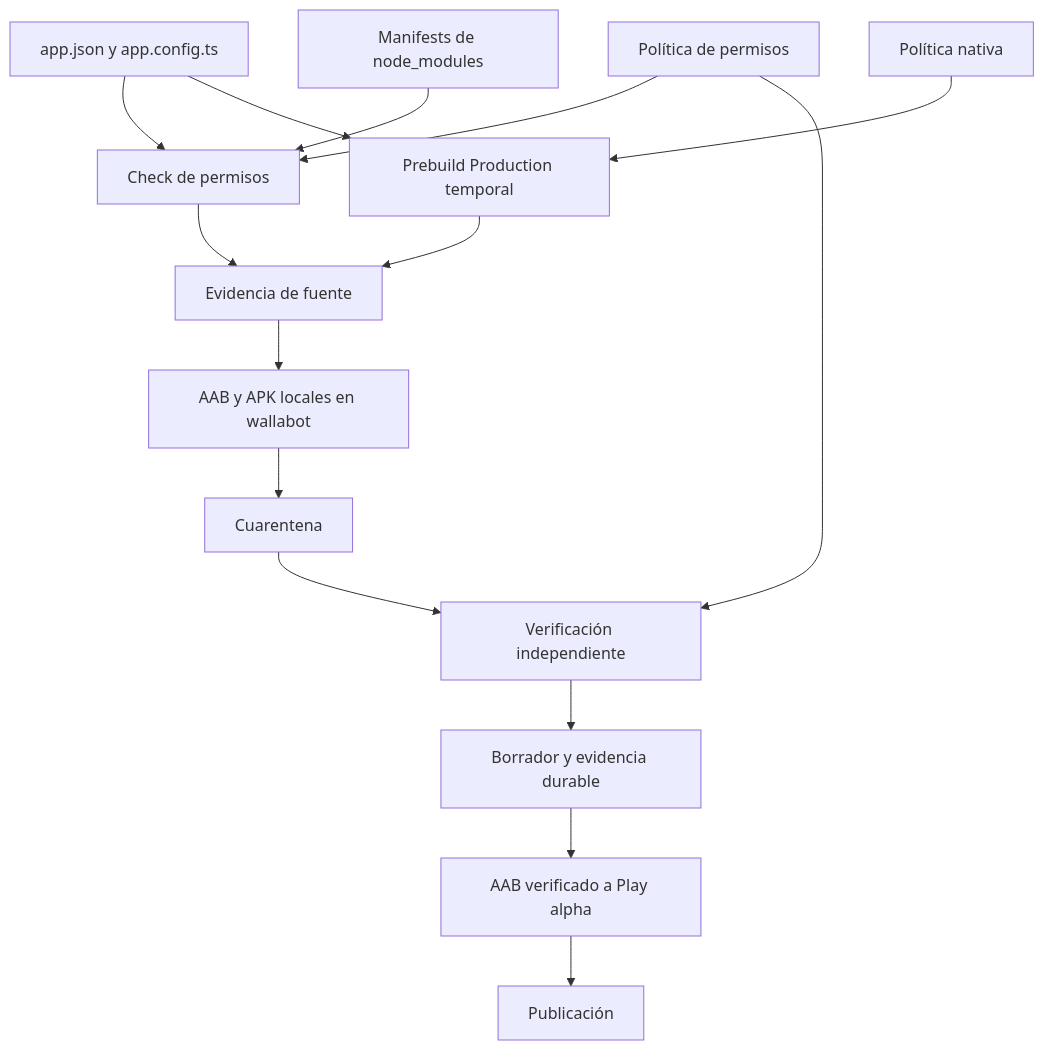
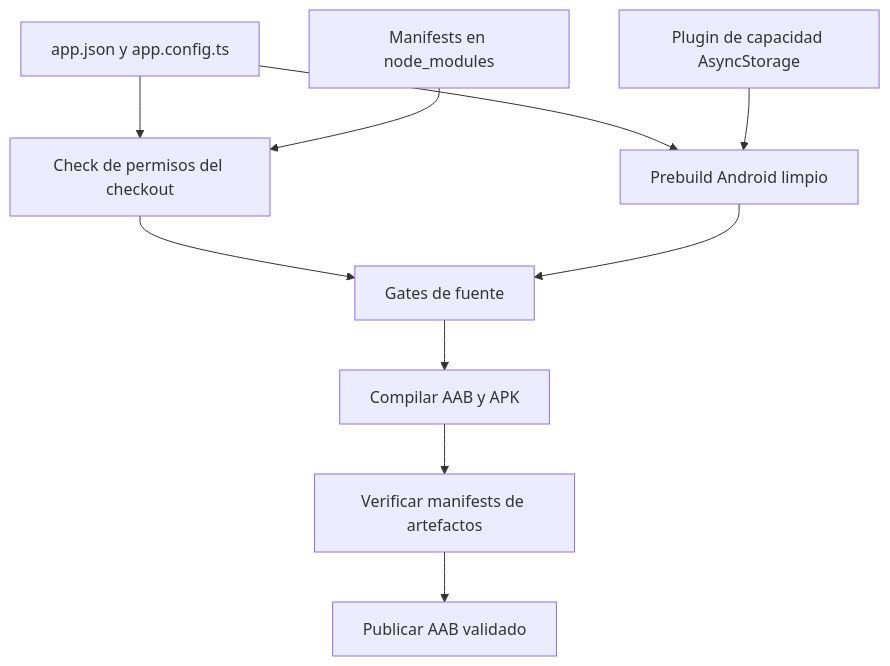
One commit to maximofn/gymnasia changed the diagram in openwiki/operations/android-permissions.md. Above: the diagram before and after it, drawn with Mermaid. The commit also changed other lines of this file and 16 other files, not shown here.

````diff
--- a/openwiki/operations/android-permissions.md
+++ b/openwiki/operations/android-permissions.md
@@ -72,17 +68,12 @@
 ```mermaid
 flowchart TD
-    Config["app.json y app.config.ts"] --> Scan["Check de permisos"]
-    Policy["Política de permisos"] --> Scan
-    Dependencies["Manifests de node_modules"] --> Scan
-    Config --> Prebuild["Prebuild Production temporal"]
-    NativePolicy["Política nativa"] --> Prebuild
-    Scan --> SourceGate["Evidencia de fuente"]
-    Prebuild --> SourceGate
-    SourceGate --> Build["AAB y APK locales en wallabot"]
-    Build --> Quarantine["Cuarentena"]
-    Quarantine --> Verify["Verificación independiente"]
-    Policy --> Verify
-    Verify --> Draft["Borrador y evidencia durable"]
-    Draft --> Play["AAB verificado a Play alpha"]
-    Play --> Release["Publicación"]
+  Expo["app.json y app.config.ts"] --> Scan["Check de permisos del checkout"]
+  Dependencies["Manifests en node_modules"] --> Scan
+  Expo --> Prebuild["Prebuild Android limpio"]
+  Plugin["Plugin de capacidad AsyncStorage"] --> Prebuild
+  Scan --> SourceGate["Gates de fuente"]
+  Prebuild --> SourceGate
+  SourceGate --> Build["Compilar AAB y APK"]
+  Build --> Verify["Verificar manifests de artefactos"]
+  Verify --> Publish["Publicar AAB validado"]
 ```
````
